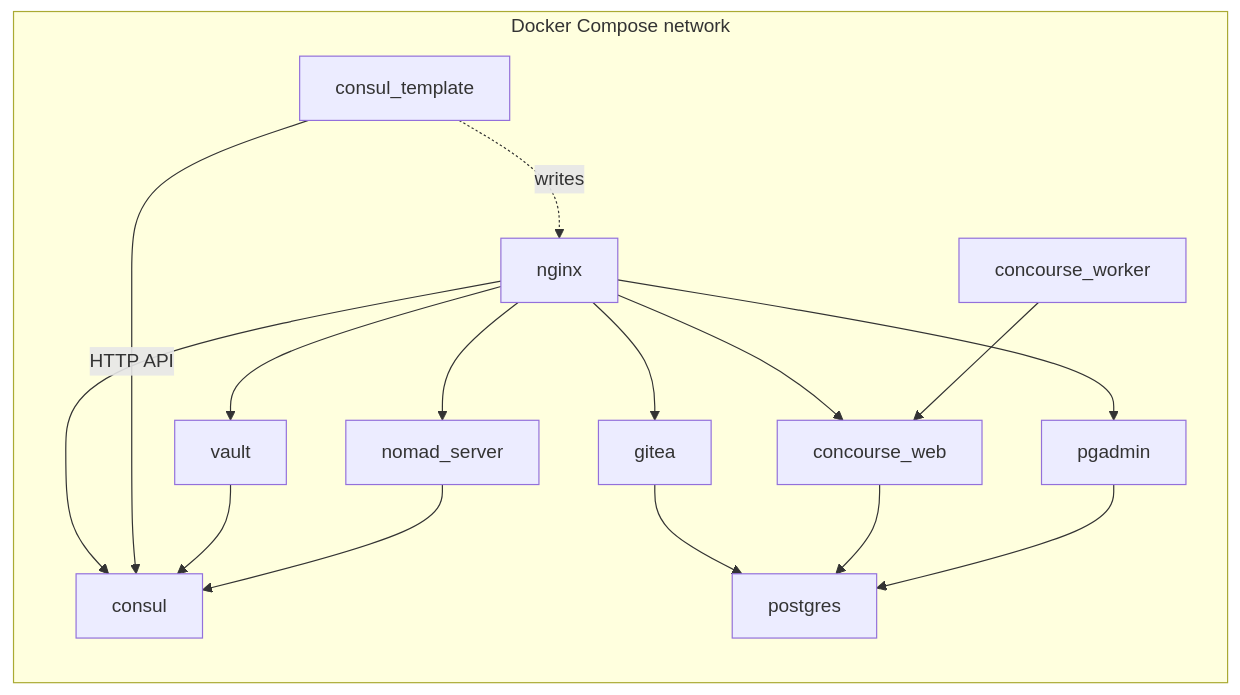
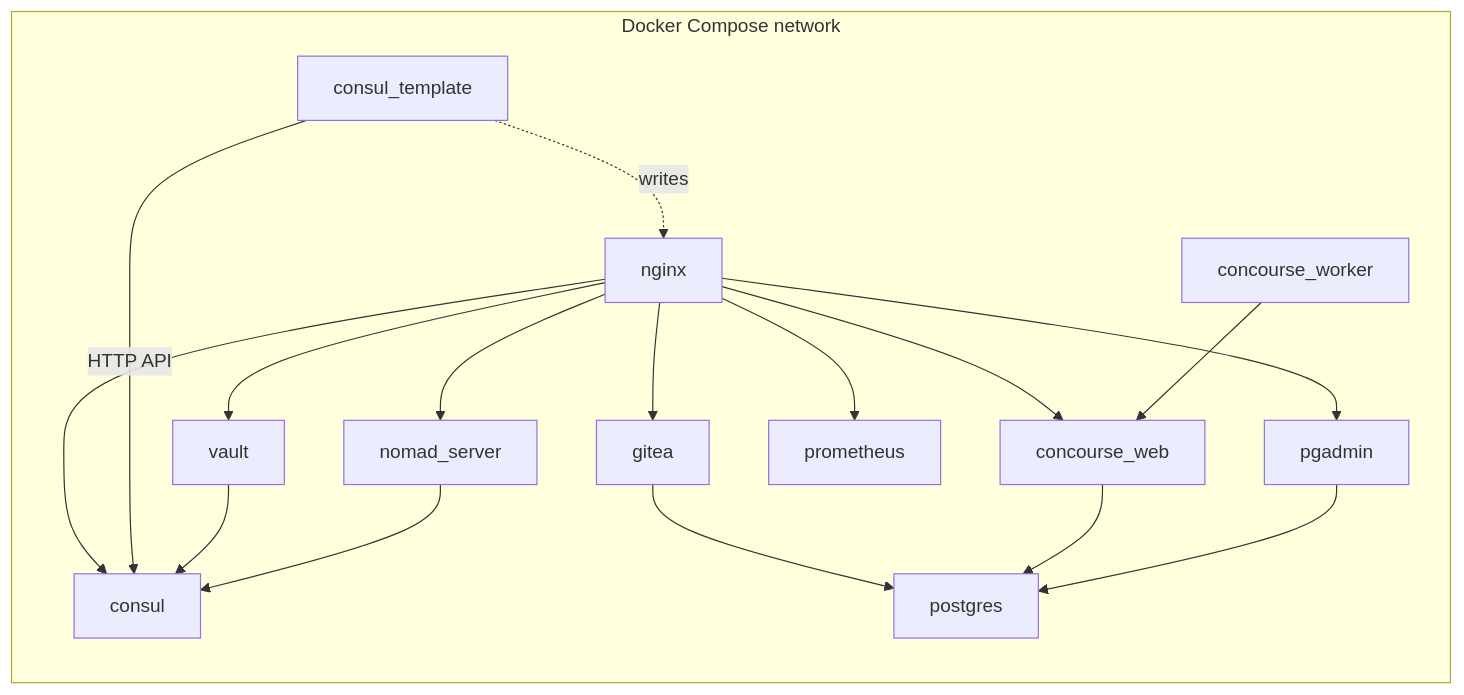
The second of 7 diagrams in docs/architecture.md (bryan-abrams/mini-cloud), drawn with Mermaid before and after one commit. The commit also changed other lines of this file and 9 other files, not shown here.

````diff
--- a/docs/architecture.md
+++ b/docs/architecture.md
@@ -86,33 +89,35 @@
 ```mermaid
 flowchart LR
     subgraph compose["Docker Compose network"]
         nginx
         consul_template
         consul
         vault
         nomad_server
         postgres
         gitea
         concourse_web
         concourse_worker
         pgadmin
+        prometheus
     end
 
     nginx --> gitea
     nginx --> vault
     nginx --> pgadmin
     nginx --> consul
     nginx --> nomad_server
     nginx --> concourse_web
+    nginx --> prometheus
 
     consul_template -->|"HTTP API"| consul
     consul_template -.->|"writes"| nginx
 
     vault --> consul
     nomad_server --> consul
 
     gitea --> postgres
     concourse_web --> postgres
     pgadmin --> postgres
     concourse_worker --> concourse_web
 ```
````
